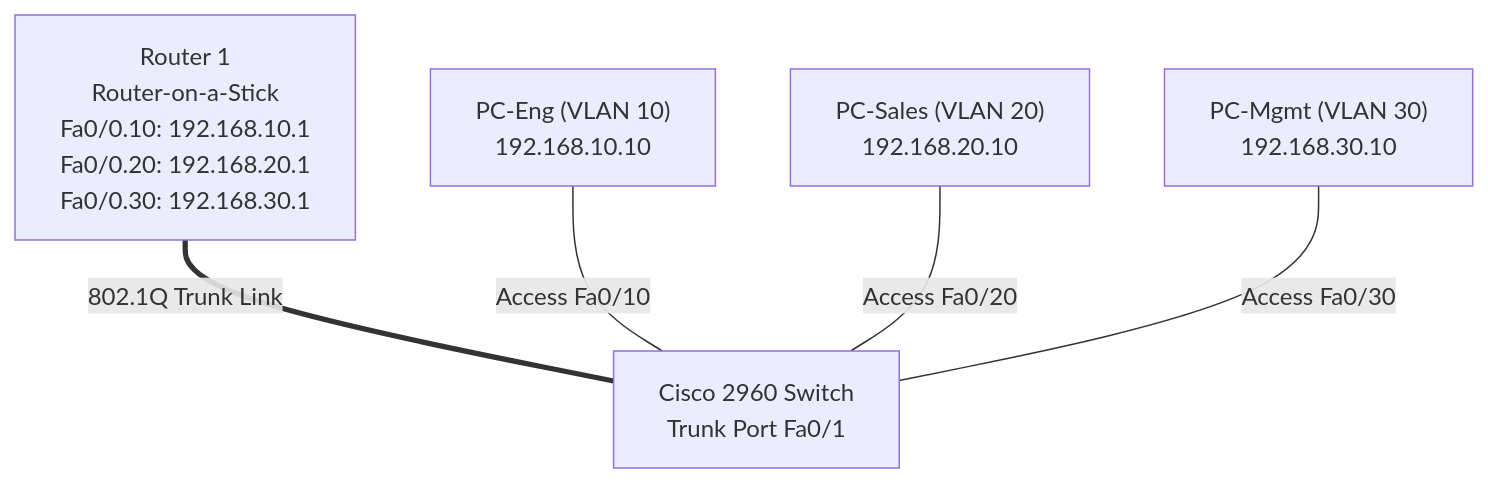
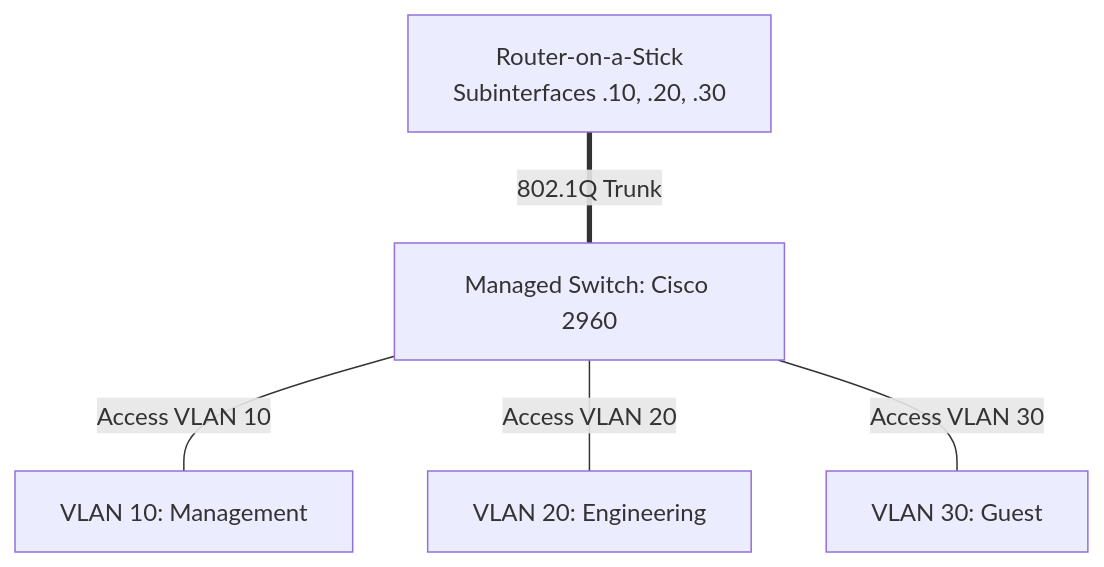
One commit to ertval/deep-in-net changed the ninth of 9 diagrams in README.md. Above: the diagram before and after it, drawn with Mermaid. The commit also changed other lines of this file and 13 other files, not shown here.

````diff
--- a/README.md
+++ b/README.md
@@ -1187,10 +976,7 @@
 ```mermaid
 graph TD
-    R1["Router 1<br/>Router-on-a-Stick<br/>Fa0/0.10: 192.168.10.1<br/>Fa0/0.20: 192.168.20.1<br/>Fa0/0.30: 192.168.30.1"]
-    SW1["Cisco 2960 Switch<br/>Trunk Port Fa0/1"]
-    R1 ===|802.1Q Trunk Link| SW1
-
-    PC_ENG["PC-Eng (VLAN 10)<br/>192.168.10.10"] ---|Access Fa0/10| SW1
-    PC_SALES["PC-Sales (VLAN 20)<br/>192.168.20.10"] ---|Access Fa0/20| SW1
-    PC_MGMT["PC-Mgmt (VLAN 30)<br/>192.168.30.10"] ---|Access Fa0/30| SW1
+    R[Router-on-a-Stick<br/>Subinterfaces .10, .20, .30] ===|802.1Q Trunk| SW[Managed Switch: Cisco 2960]
+    SW ---|Access VLAN 10| PC1[VLAN 10: Management]
+    SW ---|Access VLAN 20| PC2[VLAN 20: Engineering]
+    SW ---|Access VLAN 30| PC3[VLAN 30: Guest]
 ```
````
